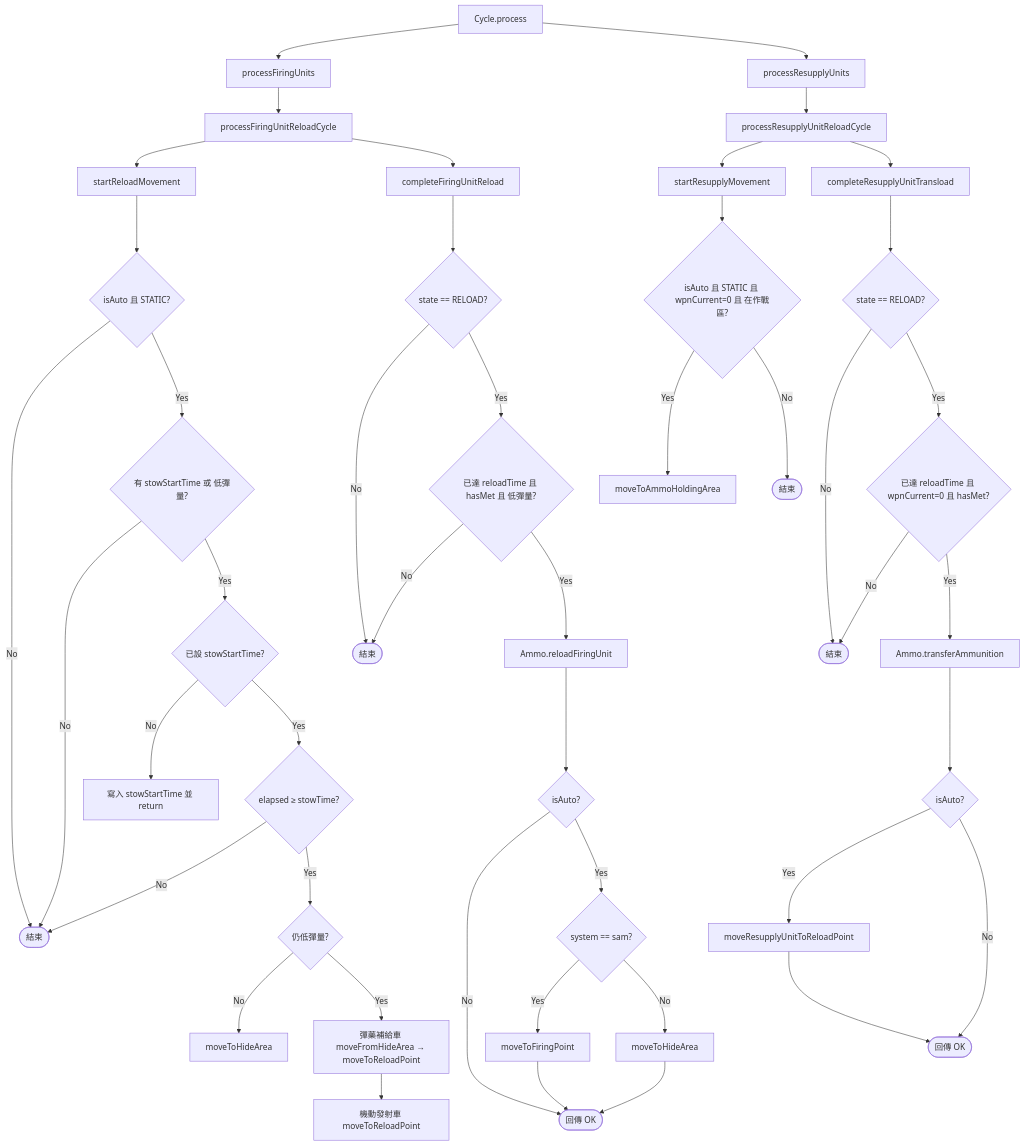
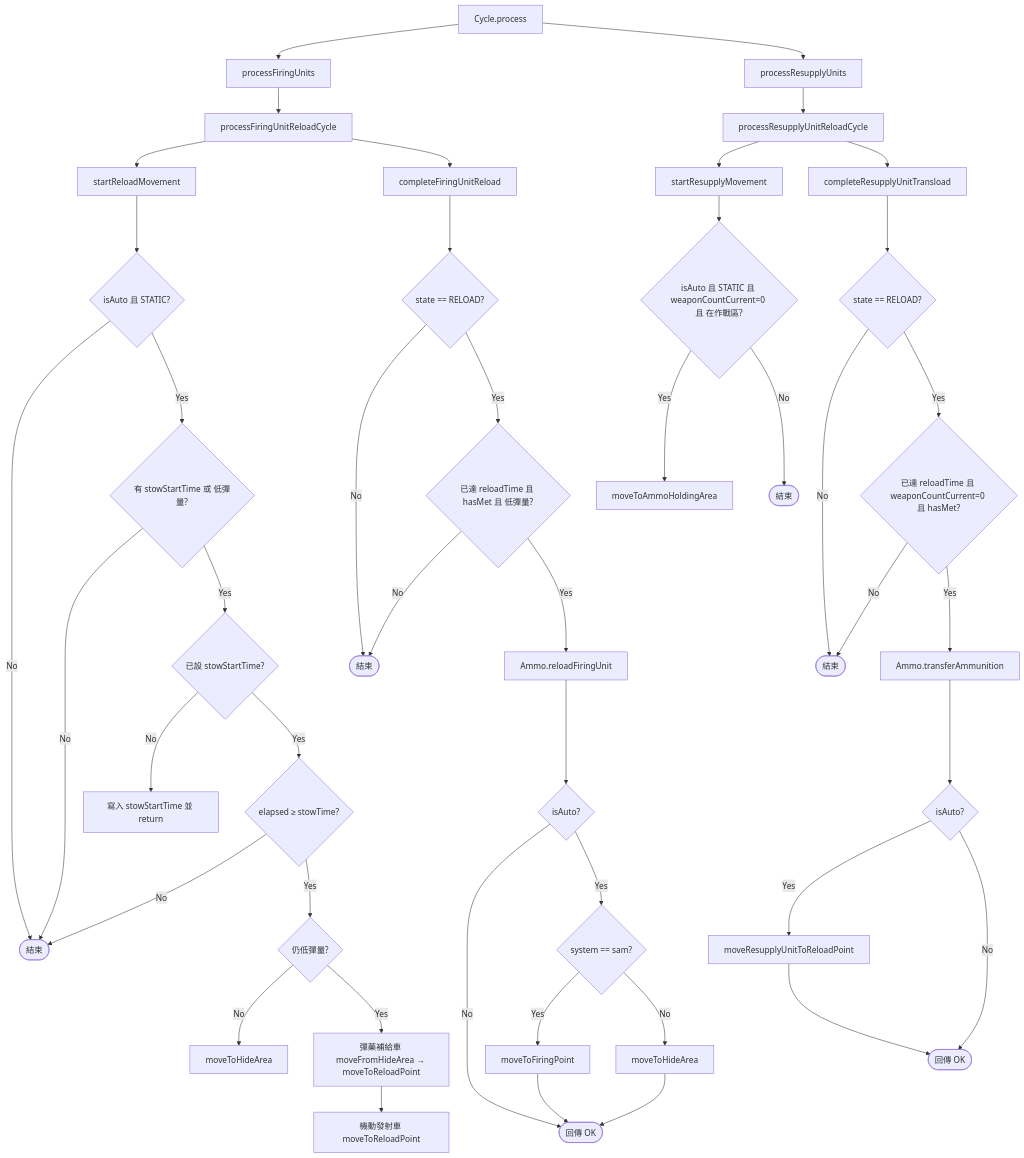
Before and after one commit to pullupjumper/formosa-in-flames: the diagram in docs/missileSystem/cycle.md, drawn with Mermaid. The commit also changed other lines of this file and 67 other files, not shown here.

````diff
--- a/docs/missileSystem/cycle.md
+++ b/docs/missileSystem/cycle.md
@@ -68,53 +68,53 @@
 ```mermaid
 flowchart TD
     A[Cycle.process] --> B[processFiringUnits]
     A --> C[processResupplyUnits]
 
     B --> B1[processFiringUnitReloadCycle]
     B1 --> T[startReloadMovement]
     B1 --> F[completeFiringUnitReload]
 
     T --> T1{isAuto 且 STATIC?}
     T1 -->|No| Tend([結束])
     T1 -->|Yes| T2{有 stowStartTime 或 低彈量?}
     T2 -->|No| Tend
     T2 -->|Yes| T3{已設 stowStartTime?}
     T3 -->|No| T4[寫入 stowStartTime 並 return]
     T3 -->|Yes| T5{elapsed ≥ stowTime?}
     T5 -->|No| Tend
     T5 -->|Yes| T6{仍低彈量?}
     T6 -->|No| T7[moveToHideArea]
     T6 -->|Yes| T8[彈藥補給車 moveFromHideArea → moveToReloadPoint]
     T8 --> T9[機動發射車 moveToReloadPoint]
 
     F --> F1{state == RELOAD?}
     F1 -->|No| Fend([結束])
     F1 -->|Yes| F2{已達 reloadTime 且 hasMet 且 低彈量?}
     F2 -->|No| Fend
     F2 -->|Yes| F3[Ammo.reloadFiringUnit]
     F3 --> F4{isAuto?}
     F4 -->|No| Fok([回傳 OK])
     F4 -->|Yes| F5{system == sam?}
     F5 -->|Yes| F6[moveToFiringPoint]
     F5 -->|No| F7[moveToHideArea]
     F6 --> Fok
     F7 --> Fok
 
     C --> C1[processResupplyUnitReloadCycle]
     C1 --> R[startResupplyMovement]
     C1 --> S[completeResupplyUnitTransload]
 
-    R --> R1{isAuto 且 STATIC 且 wpnCurrent=0 且 在作戰區?}
+    R --> R1{isAuto 且 STATIC 且 weaponCountCurrent=0 且 在作戰區?}
     R1 -->|Yes| R2[moveToAmmoHoldingArea]
     R1 -->|No| Rend([結束])
 
     S --> S1{state == RELOAD?}
     S1 -->|No| Send([結束])
-    S1 -->|Yes| S2{已達 reloadTime 且 wpnCurrent=0 且 hasMet?}
+    S1 -->|Yes| S2{已達 reloadTime 且 weaponCountCurrent=0 且 hasMet?}
     S2 -->|No| Send
     S2 -->|Yes| S3[Ammo.transferAmmunition]
     S3 --> S4{isAuto?}
     S4 -->|Yes| S5[moveResupplyUnitToReloadPoint]
     S4 -->|No| Sok([回傳 OK])
     S5 --> Sok
 ```
````
